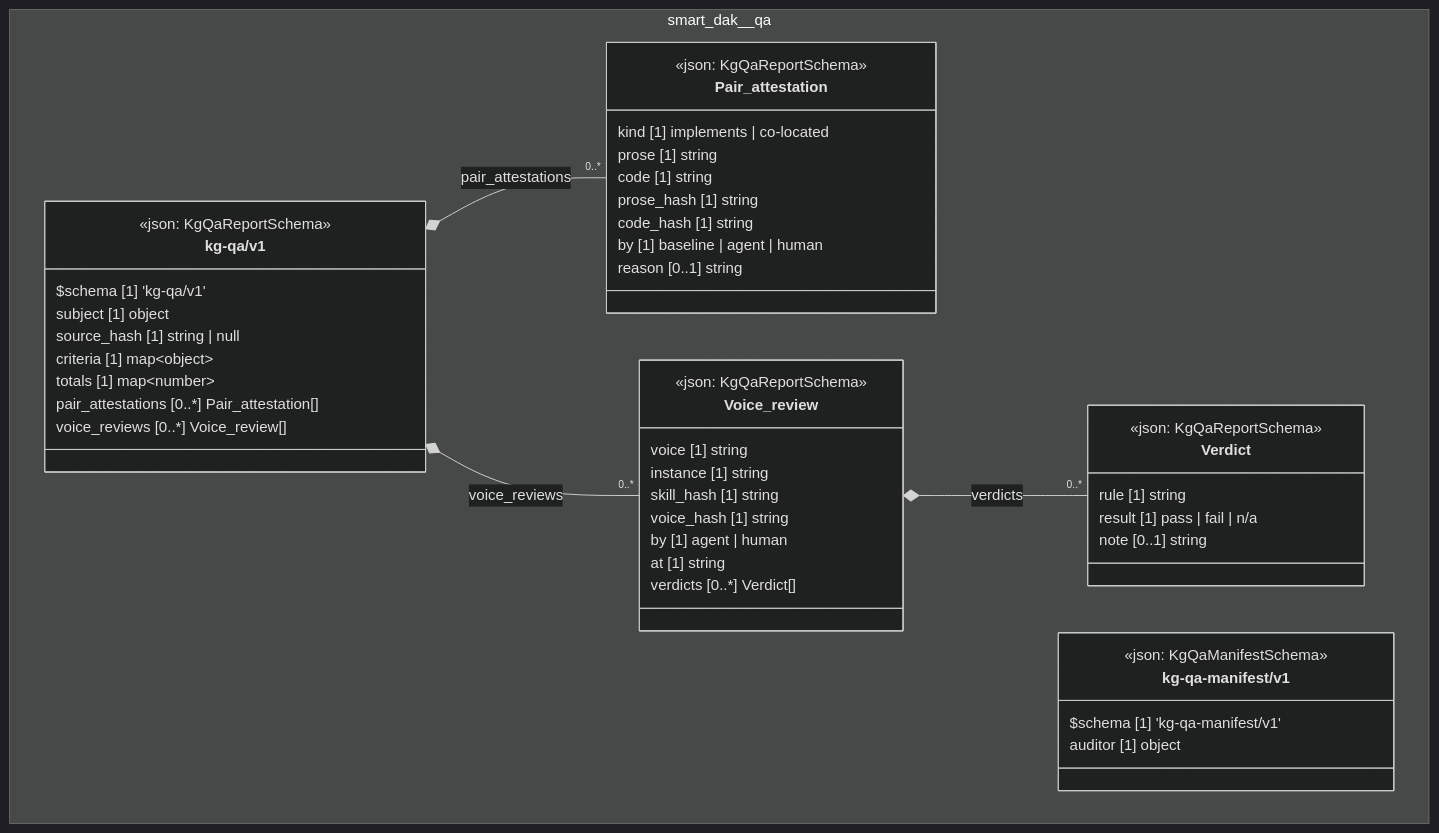
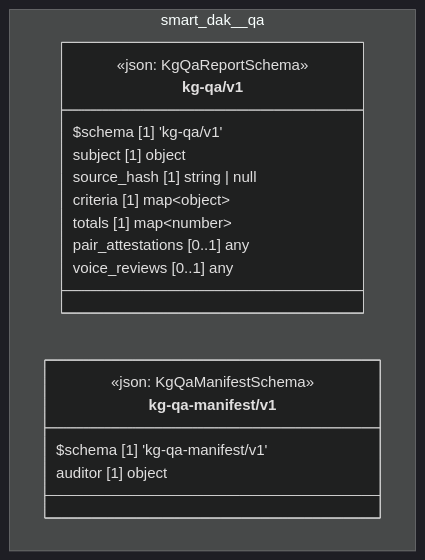
The diagram in cat-harness/docs/uml/overview/smart-dak.md (litlfred/folio-assistant), drawn with Mermaid (dark theme) before and after one commit. The commit also changed 234 other files, not shown here.

````diff
--- a/cat-harness/docs/uml/overview/smart-dak.md
+++ b/cat-harness/docs/uml/overview/smart-dak.md
@@ -42,55 +42,23 @@
 ```mermaid
 classDiagram
   direction TB
   namespace smart_dak__qa {
-    class smart_dak_qa_kg_qa_v1_Pair_attestation["Pair_attestation"] {
-      <<json: KgQaReportSchema>>
-      kind [1] implements | co-located
-      prose [1] string
-      code [1] string
-      prose_hash [1] string
-      code_hash [1] string
-      by [1] baseline | agent | human
-      reason [0..1] string
-    }
-    class smart_dak_qa_kg_qa_v1_Verdict["Verdict"] {
-      <<json: KgQaReportSchema>>
-      rule [1] string
-      result [1] pass | fail | n/a
-      note [0..1] string
-    }
-    class smart_dak_qa_kg_qa_v1_Voice_review["Voice_review"] {
-      <<json: KgQaReportSchema>>
-      voice [1] string
-      instance [1] string
-      skill_hash [1] string
-      voice_hash [1] string
-      by [1] agent | human
-      at [1] string
-      verdicts [0..*] Verdict[]
-    }
     class smart_dak_qa_kg_qa_v1_kg_qa_v1["kg-qa/v1"] {
       <<json: KgQaReportSchema>>
       $schema [1] 'kg-qa/v1'
       subject [1] object
       source_hash [1] string | null
       criteria [1] map~object~
       totals [1] map~number~
-      pair_attestations [0..*] Pair_attestation[]
-      voice_reviews [0..*] Voice_review[]
+      pair_attestations [0..1] any
+      voice_reviews [0..1] any
     }
     class smart_dak_qa_kg_qa_manifest_v1_kg_qa_manifest_v1["kg-qa-manifest/v1"] {
       <<json: KgQaManifestSchema>>
       $schema [1] 'kg-qa-manifest/v1'
       auditor [1] object
     }
   }
-  smart_dak_qa_kg_qa_v1_kg_qa_v1 *-- "0..*" smart_dak_qa_kg_qa_v1_Pair_attestation : pair_attestations
-  smart_dak_qa_kg_qa_v1_Voice_review *-- "0..*" smart_dak_qa_kg_qa_v1_Verdict : verdicts
-  smart_dak_qa_kg_qa_v1_kg_qa_v1 *-- "0..*" smart_dak_qa_kg_qa_v1_Voice_review : voice_reviews
-  cssClass "smart_dak_qa_kg_qa_v1_Pair_attestation" fa_uml_kind_qa
-  cssClass "smart_dak_qa_kg_qa_v1_Verdict" fa_uml_kind_qa
-  cssClass "smart_dak_qa_kg_qa_v1_Voice_review" fa_uml_kind_qa
   cssClass "smart_dak_qa_kg_qa_v1_kg_qa_v1" fa_uml_kind_qa
   cssClass "smart_dak_qa_kg_qa_manifest_v1_kg_qa_manifest_v1" fa_uml_kind_qa
 ```
````
